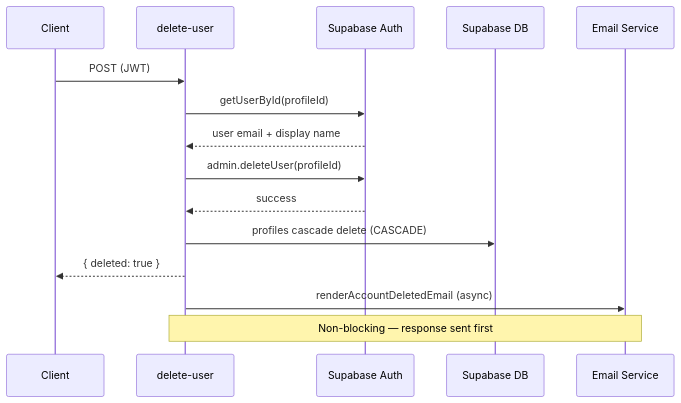
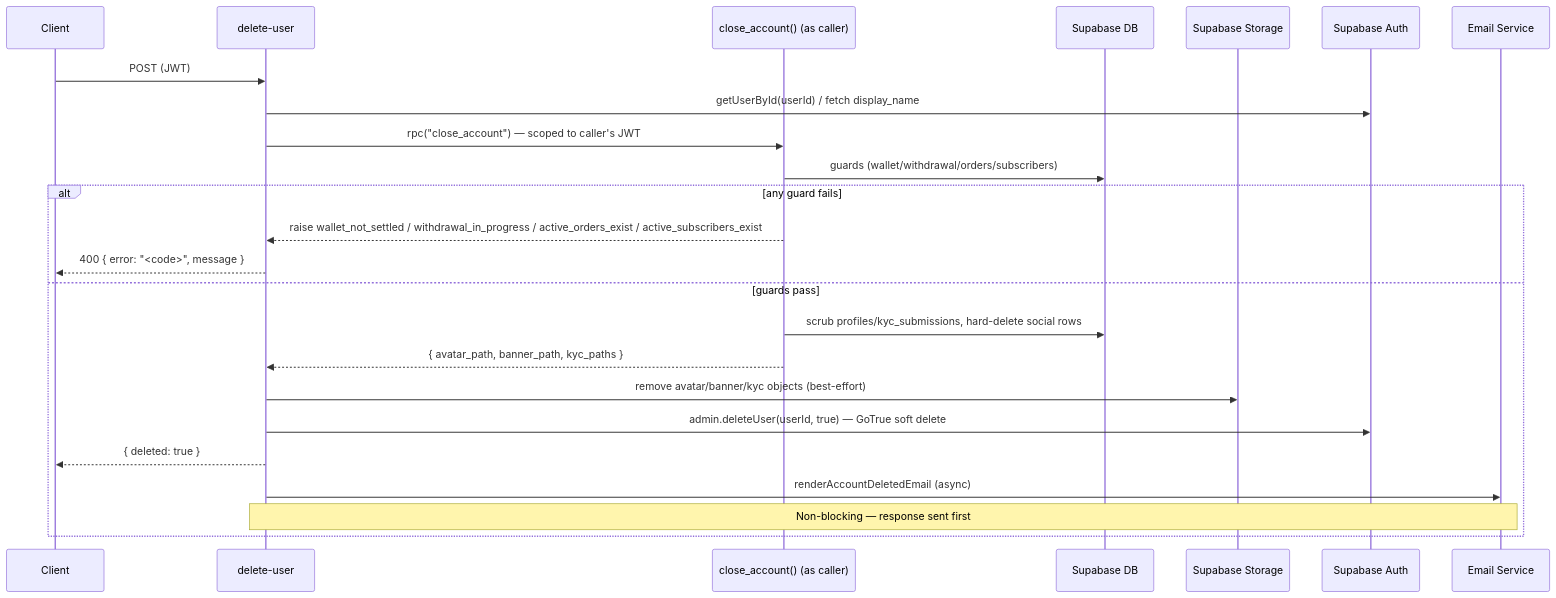
The diagram in docs/edge-functions/backend/delete-user.md (hobenakicoffee/libraries), drawn with Mermaid before and after one commit. The commit also changed other lines of this file and 4 other files, not shown here.

Commit message:
chore: improve delete account functionalities with new rpc function

````diff
--- a/docs/edge-functions/backend/delete-user.md
+++ b/docs/edge-functions/backend/delete-user.md
@@ -19,18 +21,27 @@
 ```mermaid
 sequenceDiagram
     participant C as Client
     participant EF as delete-user
+    participant RPC as close_account() (as caller)
+    participant DB as Supabase DB
+    participant Storage as Supabase Storage
     participant A as Supabase Auth
-    participant DB as Supabase DB
     participant Email as Email Service
 
     C->>EF: POST (JWT)
-    EF->>A: getUserById(profileId)
-    A-->>EF: user email + display name
-    EF->>A: admin.deleteUser(profileId)
-    A-->>EF: success
-    EF->>DB: profiles cascade delete (CASCADE)
-    EF-->>C: { deleted: true }
-    EF->>Email: renderAccountDeletedEmail (async)
-    Note over EF,Email: Non-blocking — response sent first
+    EF->>A: getUserById(userId) / fetch display_name
+    EF->>RPC: rpc("close_account") — scoped to caller's JWT
+    RPC->>DB: guards (wallet/withdrawal/orders/subscribers)
+    alt any guard fails
+        RPC-->>EF: raise wallet_not_settled / withdrawal_in_progress / active_orders_exist / active_subscribers_exist
+        EF-->>C: 400 { error: "<code>", message }
+    else guards pass
+        RPC->>DB: scrub profiles/kyc_submissions, hard-delete social rows
+        RPC-->>EF: { avatar_path, banner_path, kyc_paths }
+        EF->>Storage: remove avatar/banner/kyc objects (best-effort)
+        EF->>A: admin.deleteUser(userId, true) — GoTrue soft delete
+        EF-->>C: { deleted: true }
+        EF->>Email: renderAccountDeletedEmail (async)
+        Note over EF,Email: Non-blocking — response sent first
+    end
 ```
````
